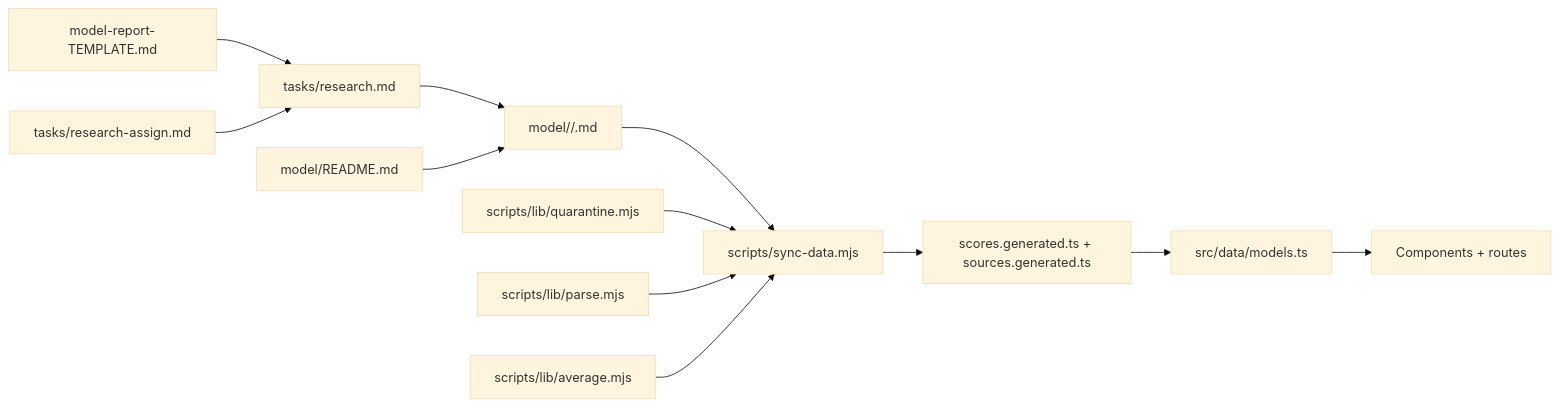
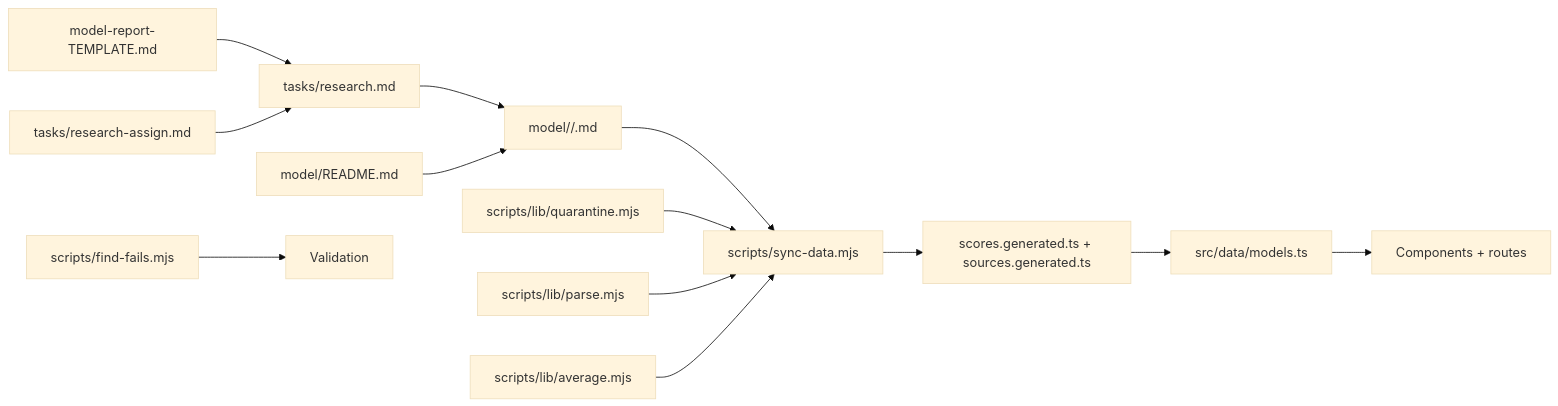
Before and after one commit to delirium-dj/modelcomp: the tenth of 10 diagrams in .qoder/repowiki/en/content/Model Research & Evaluation/Model Research & Evaluation.md, drawn with Mermaid (base theme). The commit also changed other lines of this file and 155 other files, not shown here.

````diff
--- a/.qoder/repowiki/en/content/Model Research & Evaluation/Model Research & Evaluation.md
+++ b/.qoder/repowiki/en/content/Model Research & Evaluation/Model Research & Evaluation.md
@@ -535,14 +567,15 @@
 ```mermaid
 graph LR
 Template["model-report-TEMPLATE.md"] --> Research["tasks/research.md"]
 Assign["tasks/research-assign.md"] --> Research
 Research --> Findings["model/<slug>/<Source_Name>.md"]
 MetaSchema["model/README.md"] --> Findings
 Findings --> Sync["scripts/sync-data.mjs"]
 Quarantine["scripts/lib/quarantine.mjs"] --> Sync
 Parse["scripts/lib/parse.mjs"] --> Sync
 Average["scripts/lib/average.mjs"] --> Sync
+FindFails["scripts/find-fails.mjs"] --> Validation
 Sync --> Generated["scores.generated.ts + sources.generated.ts"]
 Generated --> ModelsTS["src/data/models.ts"]
 ModelsTS --> UI["Components + routes"]
 ```
````
